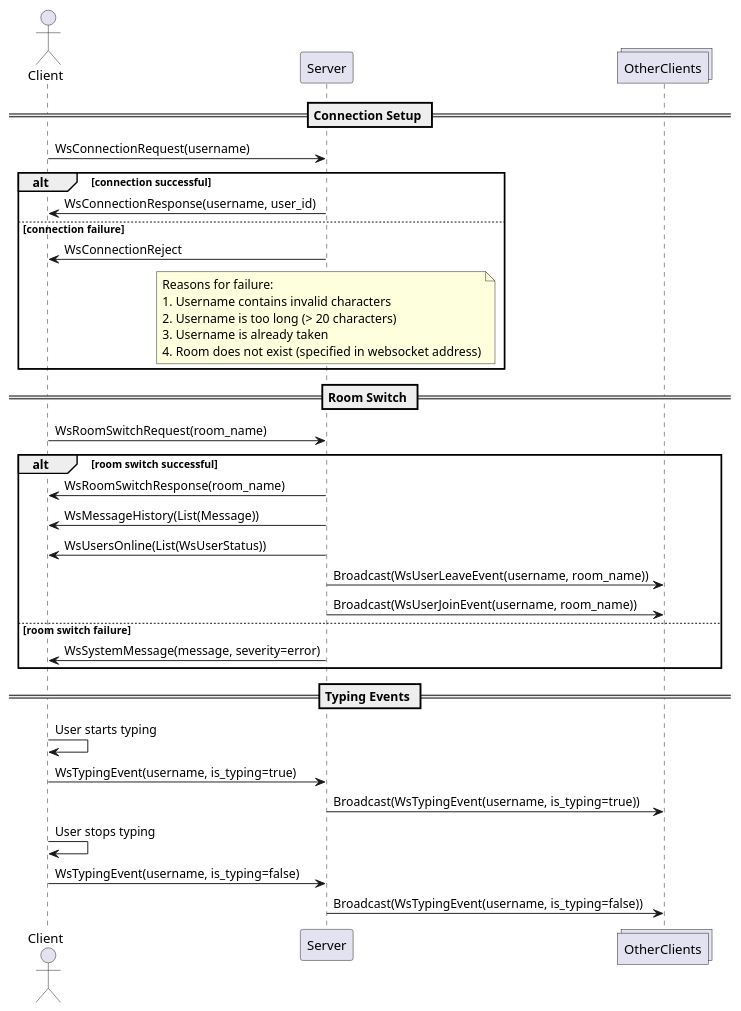
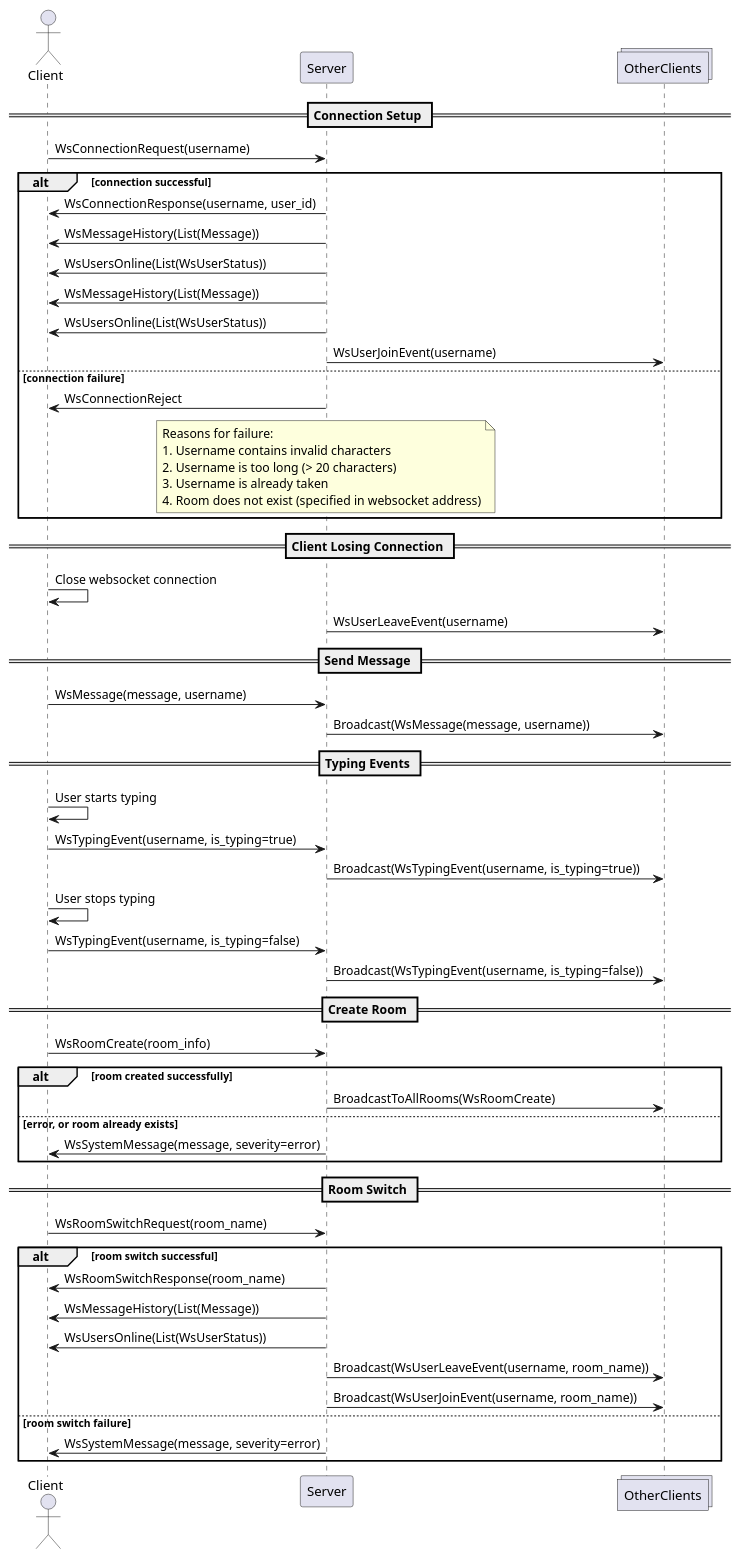
One commit to BusterWarn/WebSockets-Workshop changed the diagram in sequences/ConnectionSequence.puml. Above: the diagram before and after it, drawn with PlantUML. The commit also changed 3 other files, not shown here.

Commit message:
Update sequence diagram to contain more events

```diff
--- a/sequences/ConnectionSequence.puml
+++ b/sequences/ConnectionSequence.puml
@@ -1,49 +1,66 @@
 @startuml
 
 actor Client
 participant Server
 collections OtherClients
 
 == Connection Setup ==
-
 Client -> Server : WsConnectionRequest(username)
 
 alt connection successful
     Server -> Client : WsConnectionResponse(username, user_id)
+    Server -> Client : WsMessageHistory(List(Message))
+    Server -> Client : WsUsersOnline(List(WsUserStatus))
+    Server -> Client : WsMessageHistory(List(Message))
+    Server -> Client : WsUsersOnline(List(WsUserStatus))
+    Server -> OtherClients : WsUserJoinEvent(username)
 else connection failure
     Server -> Client : WsConnectionReject
     note over Server
         Reasons for failure:
         1. Username contains invalid characters
         2. Username is too long (> 20 characters)
         3. Username is already taken
         4. Room does not exist (specified in websocket address)
     end note
 end
 
+== Client Losing Connection ==
+Client -> Client : Close websocket connection
+Server -> OtherClients : WsUserLeaveEvent(username)
+
+== Send Message ==
+Client -> Server : WsMessage(message, username)
+Server -> OtherClients : Broadcast(WsMessage(message, username))
+
+== Typing Events ==
+Client -> Client : User starts typing
+Client -> Server : WsTypingEvent(username, is_typing=true)
+Server -> OtherClients: Broadcast(WsTypingEvent(username, is_typing=true))
+
+Client -> Client : User stops typing
+Client -> Server : WsTypingEvent(username, is_typing=false)
+Server -> OtherClients: Broadcast(WsTypingEvent(username, is_typing=false))
+
+== Create Room ==
+Client -> Server : WsRoomCreate(room_info)
+alt room created successfully
+    Server -> OtherClients : BroadcastToAllRooms(WsRoomCreate)
+else error, or room already exists
+    Server -> Client : WsSystemMessage(message, severity=error)
+end
+
 == Room Switch ==
-
 Client -> Server : WsRoomSwitchRequest(room_name)
 
 alt room switch successful
     Server -> Client : WsRoomSwitchResponse(room_name)
     Server -> Client : WsMessageHistory(List(Message))
     Server -> Client : WsUsersOnline(List(WsUserStatus))
     Server -> OtherClients: Broadcast(WsUserLeaveEvent(username, room_name))
     Server -> OtherClients: Broadcast(WsUserJoinEvent(username, room_name))
 else room switch failure
     Server -> Client : WsSystemMessage(message, severity=error)
 end
 
-== Typing Events ==
-
-Client -> Client : User starts typing
-Client -> Server : WsTypingEvent(username, is_typing=true)
-Server -> OtherClients: Broadcast(WsTypingEvent(username, is_typing=true))
-
-Client -> Client : User stops typing
-Client -> Server : WsTypingEvent(username, is_typing=false)
-Server -> OtherClients: Broadcast(WsTypingEvent(username, is_typing=false))
-
-
 @enduml
```
